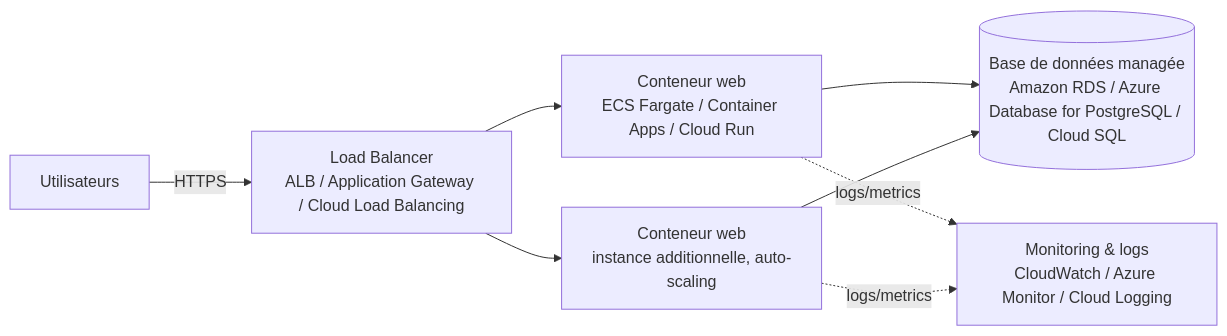
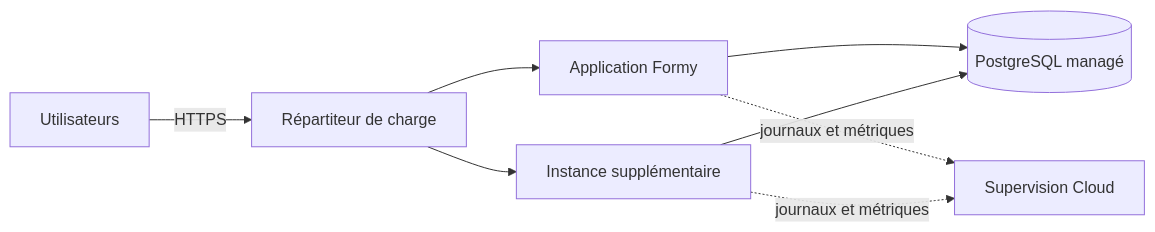
One commit to gbetiefs-byte/formy changed the diagram in README.md. Above: the diagram before and after it, drawn with Mermaid. The commit also changed other lines of this file and 4 other files, not shown here.

````diff
--- a/README.md
+++ b/README.md
@@ -138,10 +109,10 @@
 ```mermaid
 flowchart LR
-    U[Utilisateurs] -->|HTTPS| LB[Load Balancer<br/>ALB / Application Gateway / Cloud Load Balancing]
-    LB --> WEB1[Conteneur web<br/>ECS Fargate / Container Apps / Cloud Run]
-    LB --> WEB2[Conteneur web<br/>instance additionnelle, auto-scaling]
-    WEB1 --> DB[(Base de données managée<br/>Amazon RDS / Azure Database for PostgreSQL / Cloud SQL)]
+    U[Utilisateurs] -->|HTTPS| LB[Répartiteur de charge]
+    LB --> WEB1[Application Formy]
+    LB --> WEB2[Instance supplémentaire]
+    WEB1 --> DB[(PostgreSQL managé)]
     WEB2 --> DB
-    WEB1 -. logs/metrics .-> MON[Monitoring & logs<br/>CloudWatch / Azure Monitor / Cloud Logging]
-    WEB2 -. logs/metrics .-> MON
+    WEB1 -. journaux et métriques .-> MON[Supervision Cloud]
+    WEB2 -. journaux et métriques .-> MON
 ```
````
